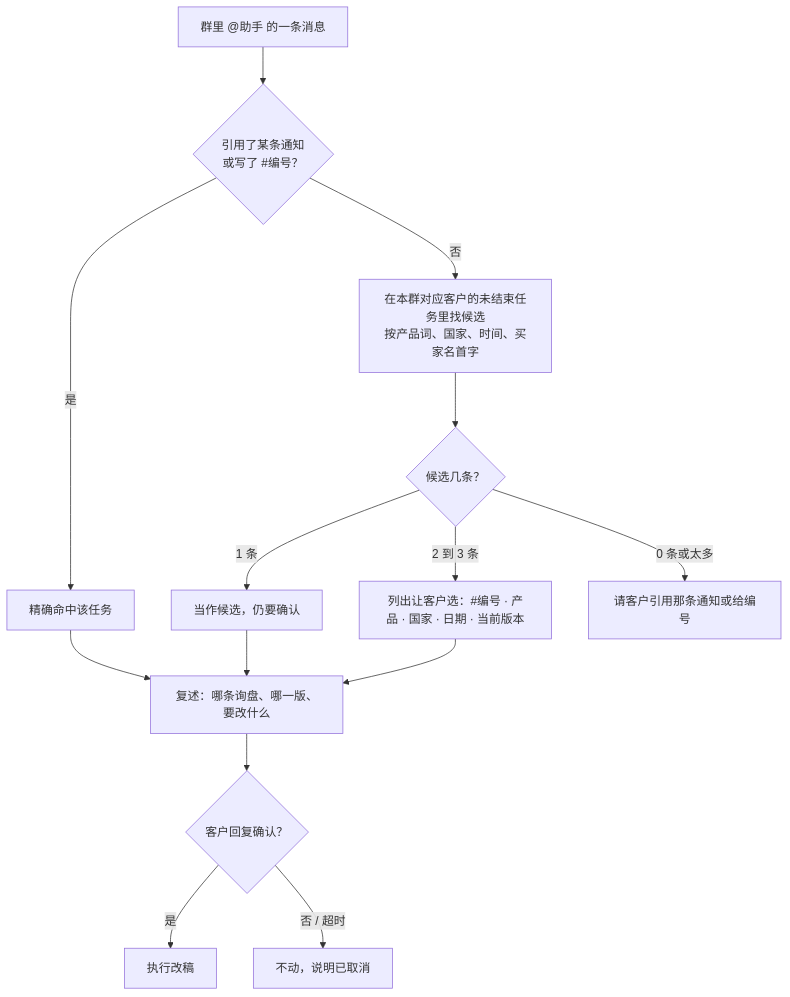
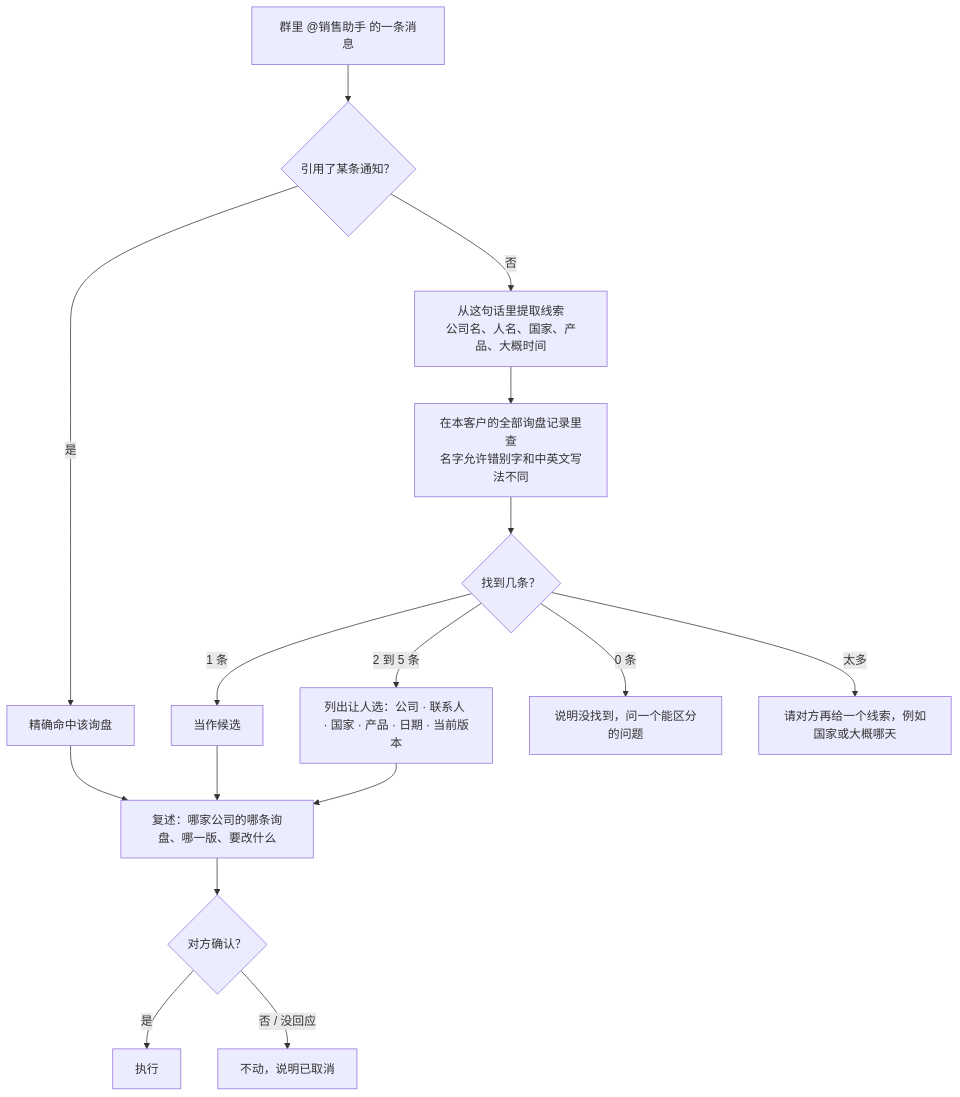
The fourth of 5 diagrams in docs/sales-agent/design/DRAFT-LOOP-20261112.zh-CN.md (vibelingan/channel), drawn with Mermaid before and after one commit. The commit also changed other lines of this file, not shown here.

````diff
--- a/docs/sales-agent/design/DRAFT-LOOP-20261112.zh-CN.md
+++ b/docs/sales-agent/design/DRAFT-LOOP-20261112.zh-CN.md
@@ -117,16 +149,18 @@
 ```mermaid
 flowchart TD
-  A[群里 @助手 的一条消息] --> B{引用了某条通知<br/>或写了 #编号？}
-  B -- 是 --> C[精确命中该任务]
-  B -- 否 --> D[在本群对应客户的未结束任务里找候选<br/>按产品词、国家、时间、买家名首字]
-  D --> E{候选几条？}
-  E -- 1 条 --> F[当作候选，仍要确认]
-  E -- 2 到 3 条 --> G[列出让客户选：#编号 · 产品 · 国家 · 日期 · 当前版本]
-  E -- 0 条或太多 --> H[请客户引用那条通知或给编号]
-  C --> I[复述：哪条询盘、哪一版、要改什么]
-  F --> I
-  G --> I
-  I --> J{客户回复确认？}
-  J -- 是 --> K[执行改稿]
-  J -- 否 / 超时 --> L[不动，说明已取消]
+  A[群里 @销售助手 的一条消息] --> B{引用了某条通知？}
+  B -- 是 --> C[精确命中该询盘]
+  B -- 否 --> D[从这句话里提取线索<br/>公司名、人名、国家、产品、大概时间]
+  D --> E[在本客户的全部询盘记录里查<br/>名字允许错别字和中英文写法不同]
+  E --> F{找到几条？}
+  F -- 1 条 --> G[当作候选]
+  F -- 2 到 5 条 --> H[列出让人选：公司 · 联系人 · 国家 · 产品 · 日期 · 当前版本]
+  F -- 0 条 --> I[说明没找到，问一个能区分的问题]
+  F -- 太多 --> J[请对方再给一个线索，例如国家或大概哪天]
+  C --> K[复述：哪家公司的哪条询盘、哪一版、要改什么]
+  G --> K
+  H --> K
+  K --> L{对方确认？}
+  L -- 是 --> M[执行]
+  L -- 否 / 没回应 --> N[不动，说明已取消]
 ```
````
